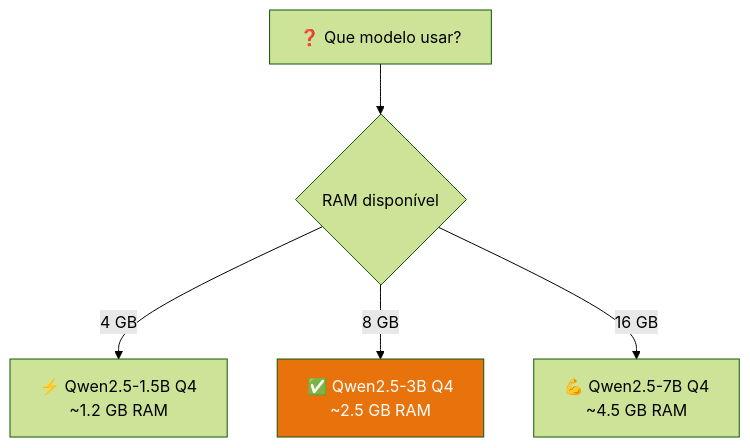
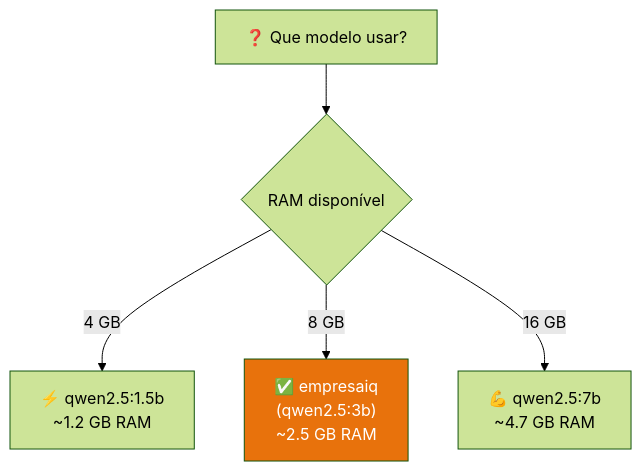
One commit to icpmtech/empresaiq-ebook changed the diagram in docs/18-qwen-agente.md. Above: the diagram before and after it, drawn with Mermaid (forest theme). The commit also changed other lines of this file and 27 other files, not shown here.

````diff
--- a/docs/18-qwen-agente.md
+++ b/docs/18-qwen-agente.md
@@ -19,8 +19,8 @@
 ```mermaid
 flowchart TD
     A["❓ Que modelo usar?"] --> B{"RAM disponível"}
-    B -->|"4 GB"| C["⚡ Qwen2.5-1.5B Q4\n~1.2 GB RAM"]
-    B -->|"8 GB"| D["✅ Qwen2.5-3B Q4\n~2.5 GB RAM"]
-    B -->|"16 GB"| E["💪 Qwen2.5-7B Q4\n~4.5 GB RAM"]
+    B -->|"4 GB"| C["⚡ qwen2.5:1.5b\n~1.2 GB RAM"]
+    B -->|"8 GB"| D["✅ empresaiq\n(qwen2.5:3b)\n~2.5 GB RAM"]
+    B -->|"16 GB"| E["💪 qwen2.5:7b\n~4.7 GB RAM"]
     style D fill:#E8720C,color:#fff
 ```
````
